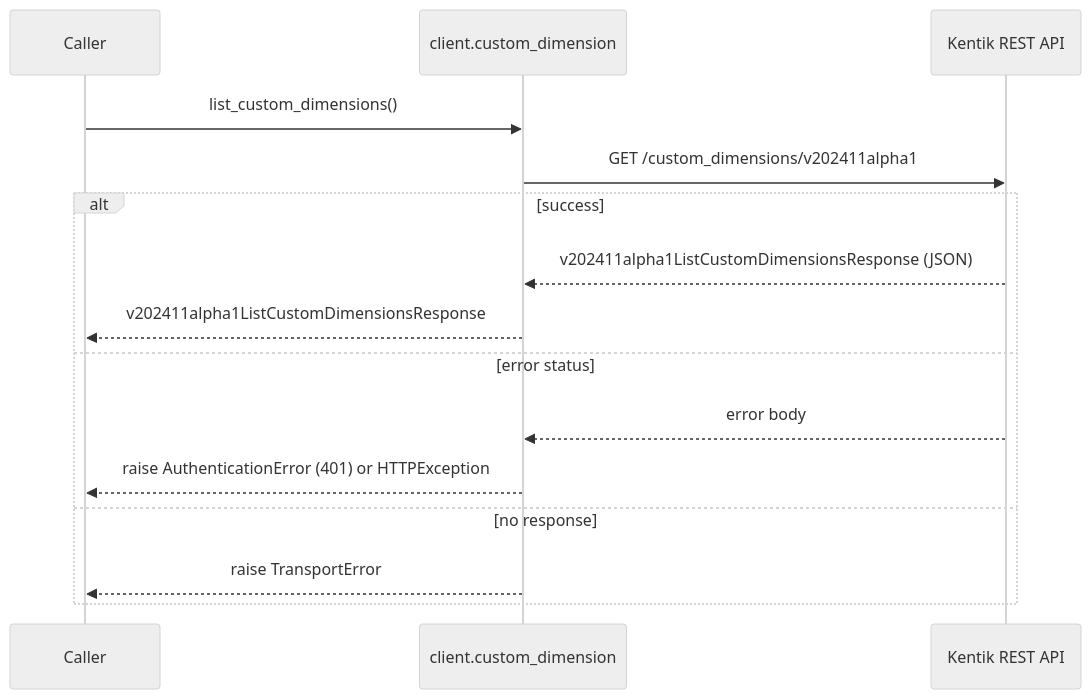
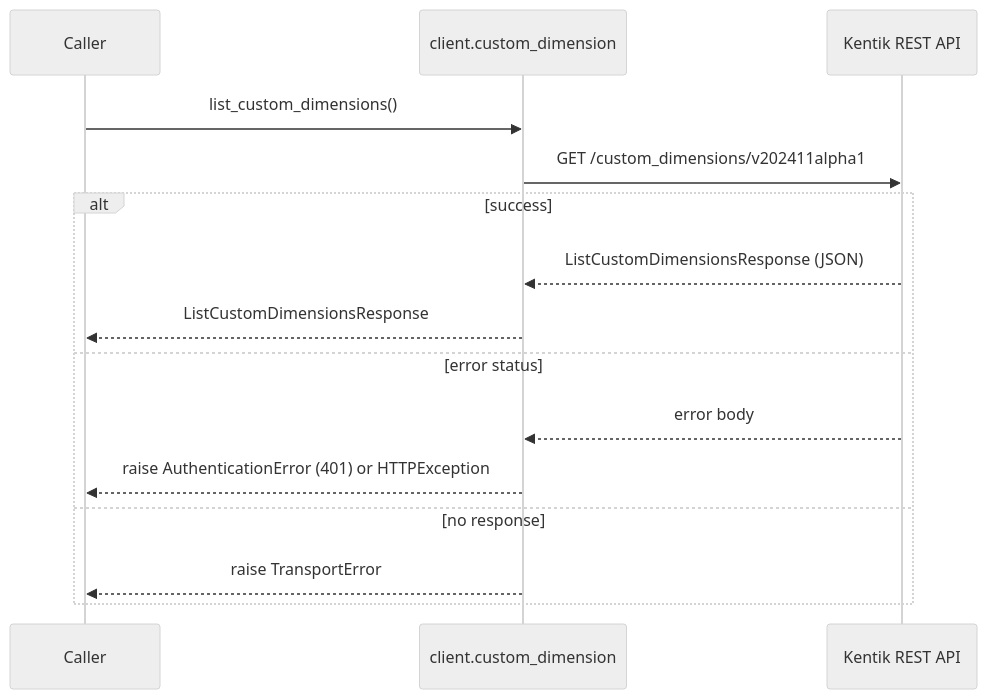
One commit to alexdearaujo/community_sdk_python changed the second of 22 diagrams in docs/sphinx/services/custom_dimension.md. Above: the diagram before and after it, drawn with Mermaid (neutral theme). The commit also changed other lines of this file and 38 other files, not shown here.

````diff
--- a/docs/sphinx/services/custom_dimension.md
+++ b/docs/sphinx/services/custom_dimension.md
@@ -38,18 +38,18 @@
 ```mermaid
 sequenceDiagram
     participant C as Caller
     participant W as client.custom_dimension
     participant API as Kentik REST API
 
     C->>W: list_custom_dimensions()
     W->>API: GET /custom_dimensions/v202411alpha1
     alt success
-        API-->>W: v202411alpha1ListCustomDimensionsResponse (JSON)
-        W-->>C: v202411alpha1ListCustomDimensionsResponse
+        API-->>W: ListCustomDimensionsResponse (JSON)
+        W-->>C: ListCustomDimensionsResponse
     else error status
         API-->>W: error body
         W-->>C: raise AuthenticationError (401) or HTTPException
     else no response
         W-->>C: raise TransportError
     end
 ```
````
